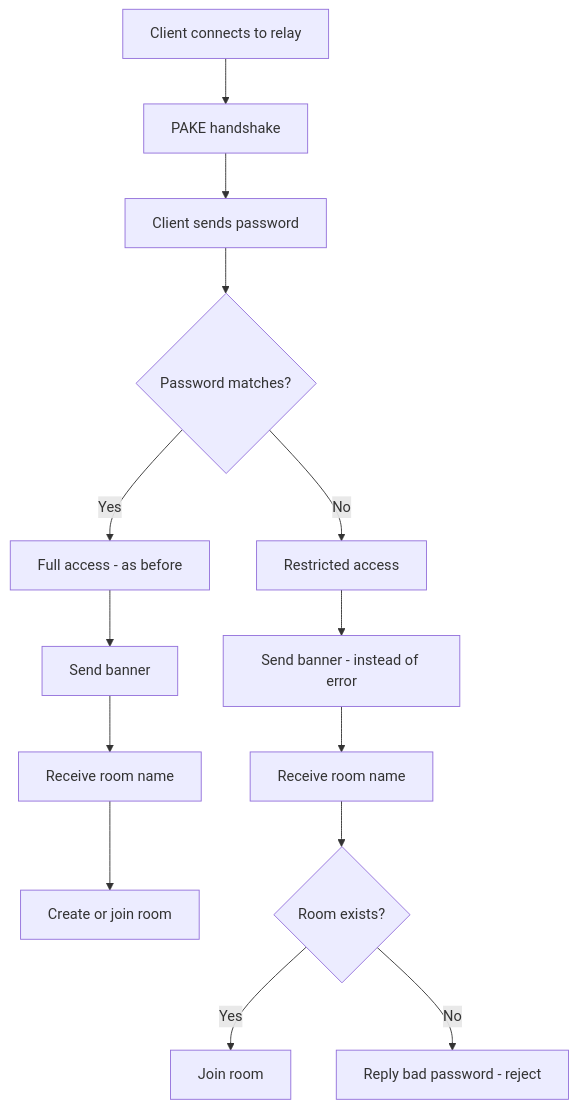
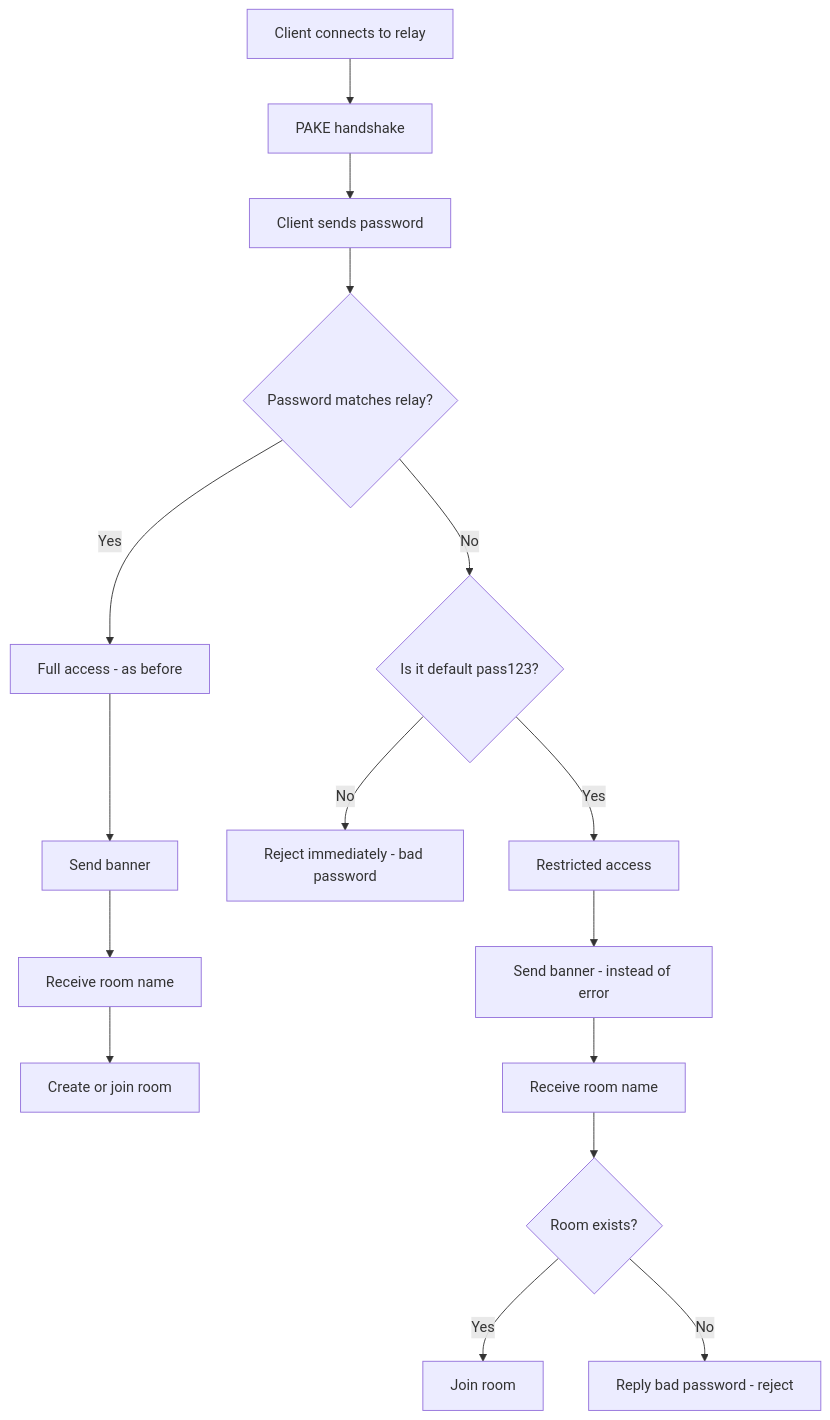
One commit to schollz/croc changed the diagram in plans/relay-room-auth.md. Above: the diagram before and after it, drawn with Mermaid. The commit also changed other lines of this file and 2 other files, not shown here.

First line of the commit message:
feat(relay): implement restricted access for clients using default password

````diff
--- a/plans/relay-room-auth.md
+++ b/plans/relay-room-auth.md
@@ -13,16 +15,18 @@
 ```mermaid
 flowchart TD
     A[Client connects to relay] --> B[PAKE handshake]
     B --> C[Client sends password]
-    C --> D{Password matches?}
+    C --> D{Password matches relay?}
     D -->|Yes| E[Full access - as before]
     E --> F[Send banner]
     F --> G[Receive room name]
     G --> H[Create or join room]
-    D -->|No| I[Restricted access]
-    I --> J[Send banner - instead of error]
-    J --> K[Receive room name]
-    K --> L{Room exists?}
-    L -->|Yes| M[Join room]
-    L -->|No| N[Reply bad password - reject]
+    D -->|No| I{Is it default pass123?}
+    I -->|No| J[Reject immediately - bad password]
+    I -->|Yes| K[Restricted access]
+    K --> L[Send banner - instead of error]
+    L --> M[Receive room name]
+    M --> N{Room exists?}
+    N -->|Yes| O[Join room]
+    N -->|No| P[Reply bad password - reject]
 ```
````
